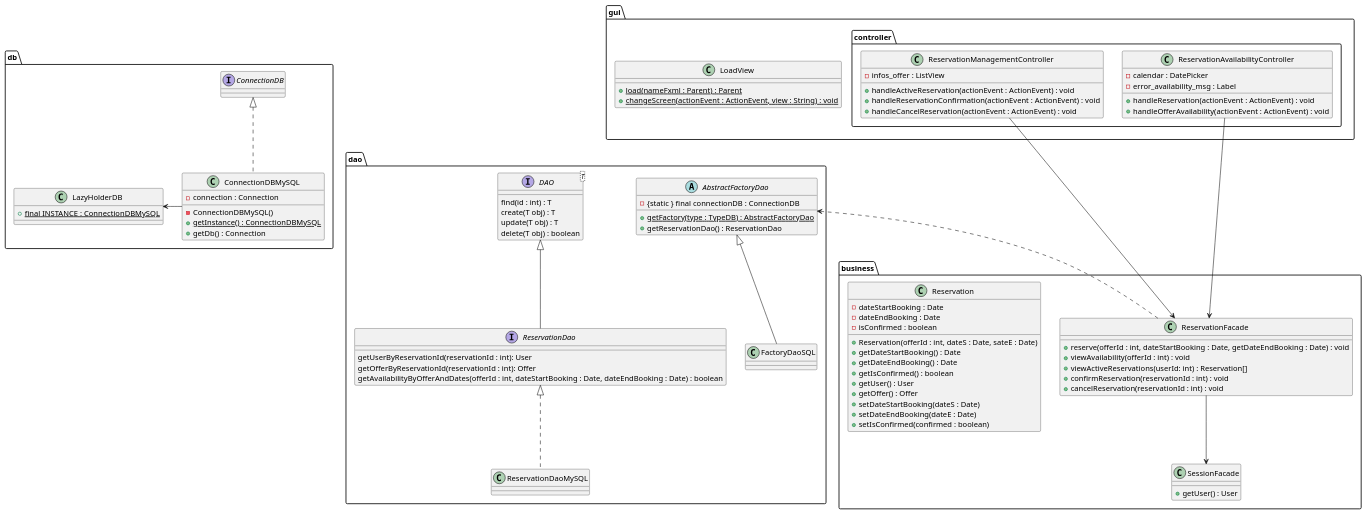
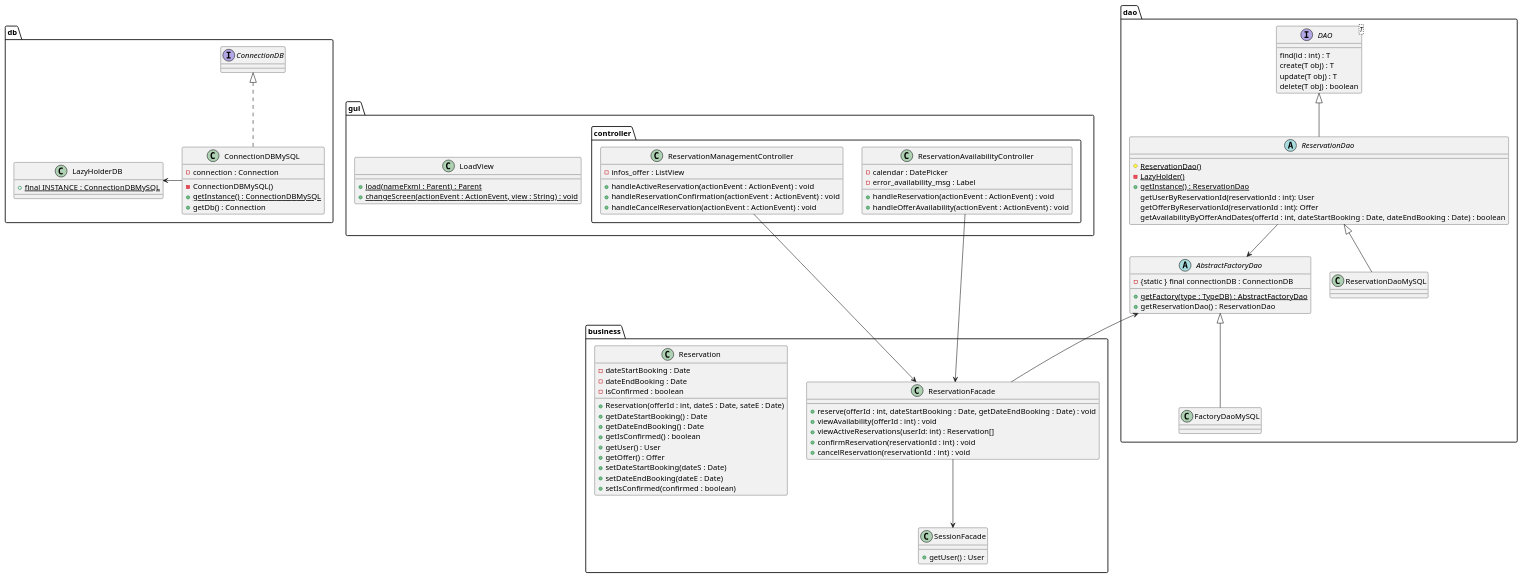
Before and after one commit to LaunoisRemy/ToolShare: the diagram in documents/diagram/reservation/reservationClass.puml, drawn with PlantUML. The commit also changed 3 other files, not shown here.

Commit message:
UPDATE : reduce coupling in reservation & history diagrams

```diff
--- a/documents/diagram/reservation/reservationClass.puml
+++ b/documents/diagram/reservation/reservationClass.puml
@@ -1,112 +1,116 @@
 @startuml
 
 package dao {
 
 
-    interface ReservationDao{
+    abstract class ReservationDao{
+        # {static} ReservationDao()
+        - {static} LazyHolder()
+        + {static} getInstance() : ReservationDao
         getUserByReservationId(reservationId : int): User
         getOfferByReservationId(reservationId : int): Offer
         getAvailabilityByOfferAndDates(offerId : int, dateStartBooking : Date, dateEndBooking : Date) : boolean
     }
     class ReservationDaoMySQL
-    AbstractFactoryDao <|-- FactoryDaoSQL
-    ReservationDao <|.. ReservationDaoMySQL
+    AbstractFactoryDao <|-- FactoryDaoMySQL
+    ReservationDao <|-- ReservationDaoMySQL
 
     interface DAO<T>{
         find(id : int) : T
         create(T obj) : T
         update(T obj) : T
         delete(T obj) : boolean
     }
 
     abstract AbstractFactoryDao{
         - {static } final connectionDB : ConnectionDB
         + {static} getFactory(type : TypeDB) : AbstractFactoryDao
         + getReservationDao() : ReservationDao
     }
 
-    class FactoryDaoSQL{
+    class FactoryDaoMySQL{
     }
 
 
     DAO <|-- ReservationDao
 }
 package db{
     class ConnectionDBMySQL{
         - connection : Connection
         - ConnectionDBMySQL()
         + {static} getInstance() : ConnectionDBMySQL
         + getDb() : Connection
     }
 
     class LazyHolderDB{
         + {static} final INSTANCE : ConnectionDBMySQL
     }
     interface ConnectionDB
     ConnectionDBMySQL -Left-> LazyHolderDB
     ConnectionDBMySQL .up.|> ConnectionDB
 
 }
 package business{
     class SessionFacade{
             + getUser() : User
         }
 
     class ReservationFacade{
         + reserve(offerId : int, dateStartBooking : Date, getDateEndBooking : Date) : void
         + viewAvailability(offerId : int) : void
         + viewActiveReservations(userId: int) : Reservation[]
         + confirmReservation(reservationId : int) : void
         + cancelReservation(reservationId : int) : void
     }
 
     class Reservation{
         -dateStartBooking : Date
         -dateEndBooking : Date
         -isConfirmed : boolean
         +Reservation(offerId : int, dateS : Date, sateE : Date)
         +getDateStartBooking() : Date
         +getDateEndBooking() : Date
         +getIsConfirmed() : boolean
         +getUser() : User
         +getOffer() : Offer
         +setDateStartBooking(dateS : Date)
         +setDateEndBooking(dateE : Date)
         +setIsConfirmed(confirmed : boolean)
     }
     ReservationFacade --> SessionFacade
 
 }
 
 package gui{
 
     class LoadView{
         + {static} load(nameFxml : Parent) : Parent
         + {static} changeScreen(actionEvent : ActionEvent, view : String) : void
     }
 
     package controller{
         class ReservationAvailabilityController{
             - calendar : DatePicker
             - error_availability_msg : Label
             + handleReservation(actionEvent : ActionEvent) : void
             + handleOfferAvailability(actionEvent : ActionEvent) : void
         }
 
         class ReservationManagementController{
             - infos_offer : ListView
             + handleActiveReservation(actionEvent : ActionEvent) : void
             + handleReservationConfirmation(actionEvent : ActionEvent) : void
             + handleCancelReservation(actionEvent : ActionEvent) : void
         }
 
     }
 }
 
 ReservationFacade <--Up- ReservationAvailabilityController
 ReservationFacade <--Up- ReservationManagementController
-ReservationFacade .Up.> AbstractFactoryDao
+ReservationFacade -Up-> AbstractFactoryDao
+ReservationDao --> AbstractFactoryDao
 
 
 
 @enduml
```
